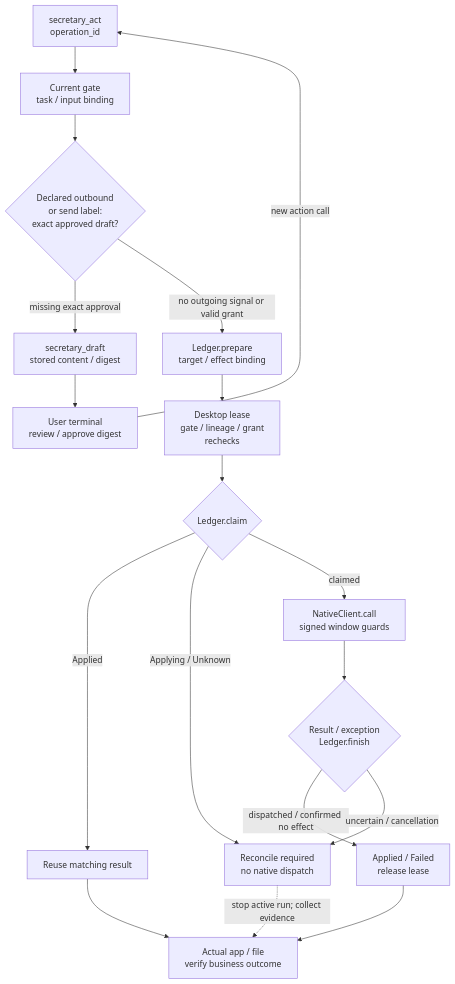
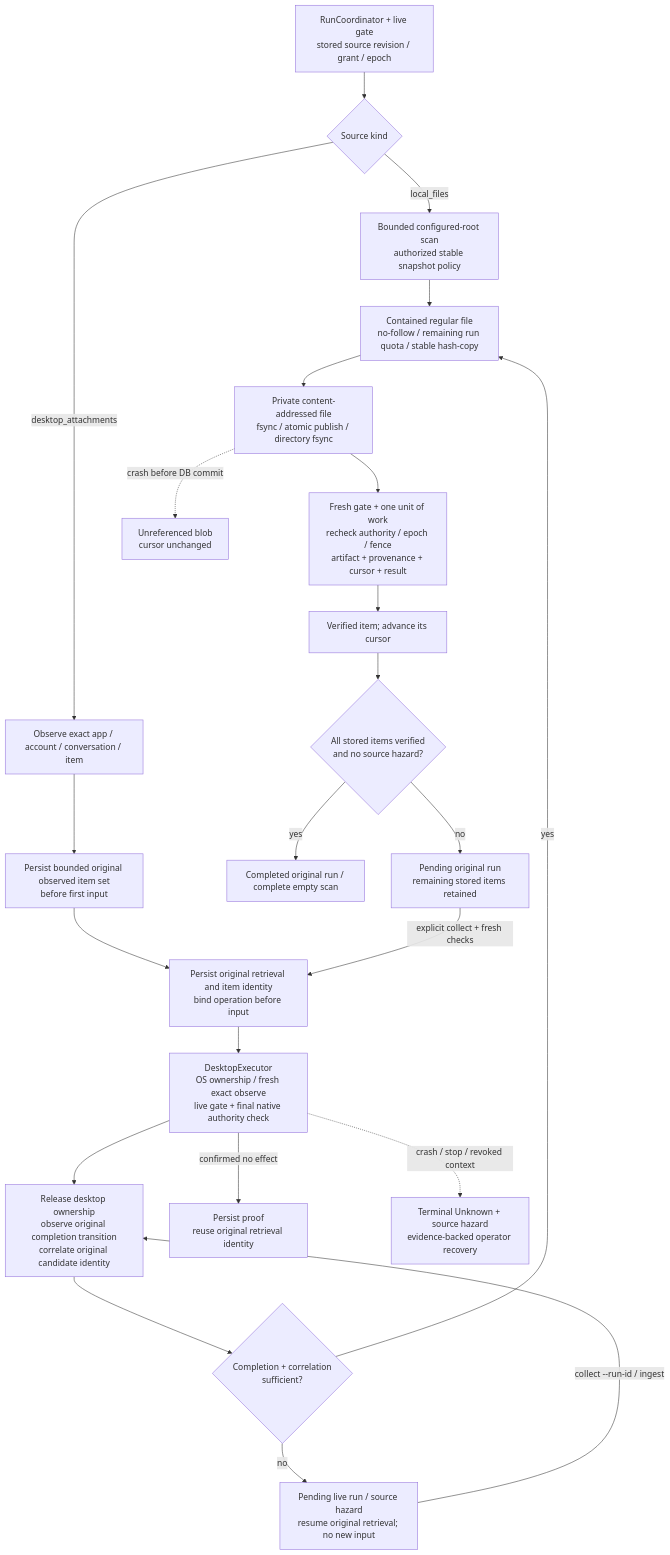
Before and after one commit to AidALL/ghost-alice-ai-secretary: the fourth of 5 diagrams in ARCHITECTURE.md, drawn with Mermaid. The commit also changed other lines of this file and 746 other files, not shown here.

````diff
--- a/ARCHITECTURE.md
+++ b/ARCHITECTURE.md
@@ -108,20 +150,25 @@
 ```mermaid
 flowchart TD
-    Action["secretary_act<br/>operation_id"] --> Gate["Current gate<br/>task / input binding"]
-    Gate --> Grant{"Declared outbound<br/>or send label:<br/>exact approved draft?"}
-    Grant -->|"missing exact approval"| Draft["secretary_draft<br/>stored content / digest"]
-    Draft --> User["User terminal<br/>review / approve digest"]
-    User -->|"new action call"| Action
-    Grant -->|"no outgoing signal or valid grant"| Prepare["Ledger.prepare<br/>target / effect binding"]
-    Prepare --> Guard["Desktop lease<br/>gate / lineage / grant<br/>rechecks"]
-    Guard --> Claim{"Ledger.claim"}
-    Claim -->|"Applied"| Cached["Reuse matching result"]
-    Claim -->|"Applying / Unknown"| Reconcile["Reconcile required<br/>no native dispatch"]
-    Claim -->|"claimed"| Native["NativeClient.call<br/>signed window guards"]
-    Native --> Finish{"Result / exception<br/>Ledger.finish"}
-    Finish -->|"dispatched / confirmed no effect"| Recorded["Applied / Failed<br/>release lease"]
-    Finish -->|"uncertain / cancellation"| Reconcile
-    Recorded --> Verify["Actual app / file<br/>verify business outcome"]
-    Cached --> Verify
-    Reconcile -.->|"stop active run; collect evidence"| Verify
+    Start["RunCoordinator + live gate<br/>stored source revision / grant / epoch"] --> Kind{"Source kind"}
+    Kind -->|"local_files"| Scan["Bounded configured-root scan<br/>authorized stable snapshot policy"]
+    Kind -->|"desktop_attachments"| Observe["Observe exact app / account / conversation / item"]
+    Observe --> Items["Persist bounded original observed item set<br/>before first input"]
+    Items --> Bind["Persist original retrieval and item identity<br/>bind operation before input"]
+    Bind --> Input["DesktopExecutor<br/>OS ownership / fresh exact observe<br/>live gate + final native authority check"]
+    Input --> Evidence["Release desktop ownership<br/>observe original completion transition<br/>correlate original candidate identity"]
+    Input -->|"confirmed no effect"| Retry["Persist proof<br/>reuse original retrieval identity"]
+    Evidence --> Ready{"Completion + correlation<br/>sufficient?"}
+    Ready -->|"no"| Pending["Pending live run / source hazard<br/>resume original retrieval; no new input"]
+    Pending -->|"collect --run-id / ingest"| Evidence
+    Ready -->|"yes"| File["Contained regular file<br/>no-follow / remaining run quota / stable hash-copy"]
+    Scan --> File
+    File --> Publish["Private content-addressed file<br/>fsync / atomic publish / directory fsync"]
+    Publish --> Commit["Fresh gate + one unit of work<br/>recheck authority / epoch / fence<br/>artifact + provenance + cursor + result"]
+    Commit --> ItemVerified["Verified item; advance its cursor"]
+    ItemVerified --> AllItems{"All stored items verified<br/>and no source hazard?"}
+    AllItems -->|"yes"| Complete["Completed original run / complete empty scan"]
+    AllItems -->|"no"| Remaining["Pending original run<br/>remaining stored items retained"]
+    Remaining -->|"explicit collect + fresh checks"| Bind
+    Publish -.->|"crash before DB commit"| Orphan["Unreferenced blob<br/>cursor unchanged"]
+    Input -.->|"crash / stop / revoked context"| Unknown["Terminal Unknown + source hazard<br/>evidence-backed operator recovery"]
 ```
````
